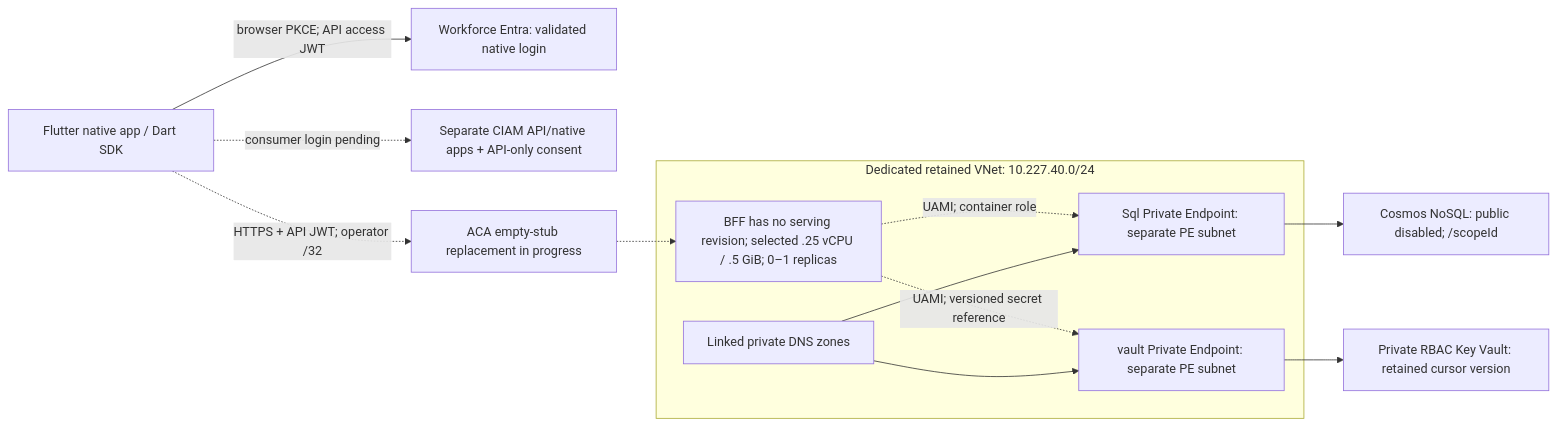
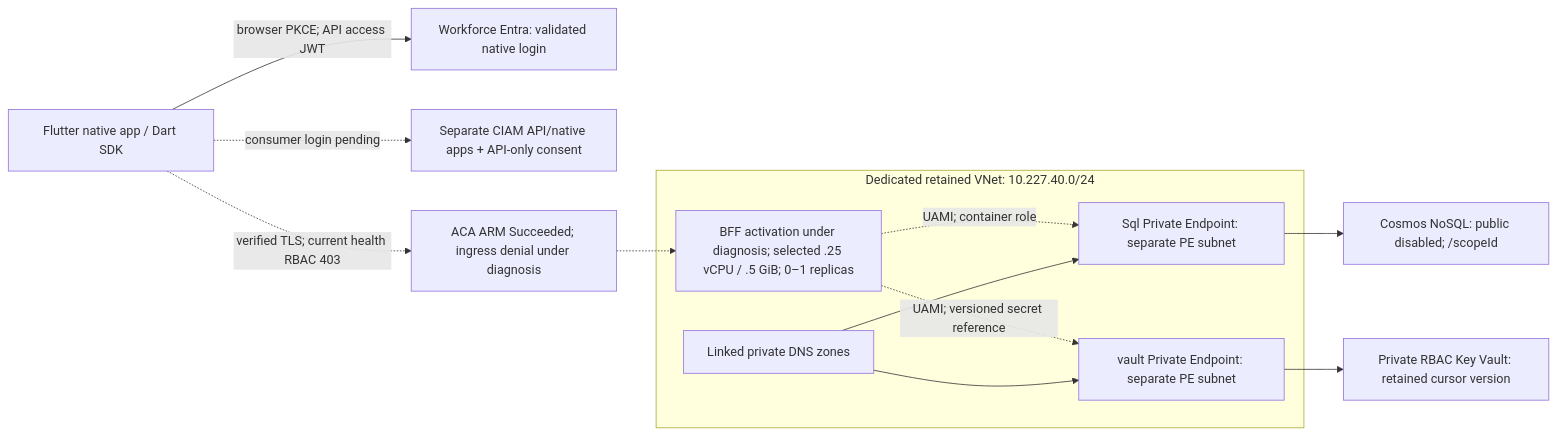
The diagram in docs/aca-validation-plan.md (anaregdesign/cosmos-sync), drawn with Mermaid before and after one commit. The commit also changed other lines of this file and 24 other files, not shown here.

Commit message:
feat: constrain native API clients and add broker sign-in navigation

````diff
--- a/docs/aca-validation-plan.md
+++ b/docs/aca-validation-plan.md
@@ -62,19 +69,19 @@
 ```mermaid
 flowchart LR
   Native["Flutter native app / Dart SDK"] -->|"browser PKCE; API access JWT"| Workforce["Workforce Entra: validated native login"]
   Native -. "consumer login pending" .-> CIAM["Separate CIAM API/native apps + API-only consent"]
-  Native -. "HTTPS + API JWT; operator /32" .-> Edge["ACA empty-stub replacement in progress"]
+  Native -. "verified TLS; current health RBAC 403" .-> Edge["ACA ARM Succeeded; ingress denial under diagnosis"]
   subgraph VNet["Dedicated retained VNet: 10.227.40.0/24"]
-    BFF["BFF has no serving revision; selected .25 vCPU / .5 GiB; 0–1 replicas"]
+    BFF["BFF activation under diagnosis; selected .25 vCPU / .5 GiB; 0–1 replicas"]
     DNS["Linked private DNS zones"]
     CosmosPE["Sql Private Endpoint: separate PE subnet"]
     VaultPE["vault Private Endpoint: separate PE subnet"]
     BFF -. "UAMI; container role" .-> CosmosPE
     BFF -. "UAMI; versioned secret reference" .-> VaultPE
     DNS --> CosmosPE
     DNS --> VaultPE
   end
   Edge -.-> BFF
   CosmosPE --> Cosmos["Cosmos NoSQL: public disabled; /scopeId"]
   VaultPE --> Vault["Private RBAC Key Vault: retained cursor version"]
 ```
````
